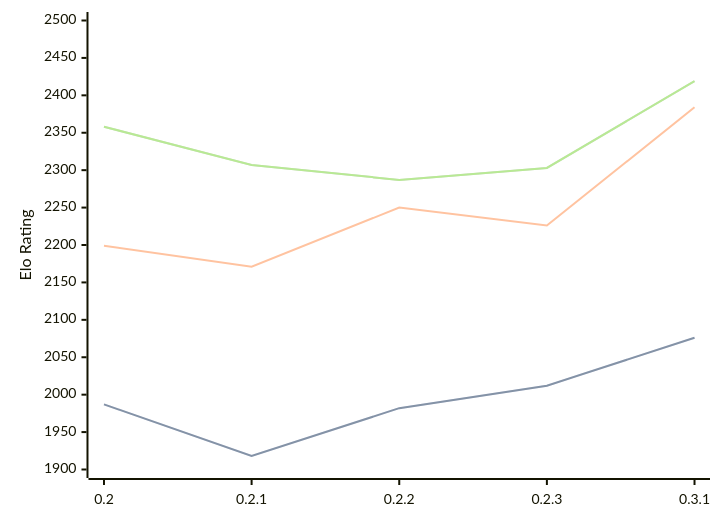
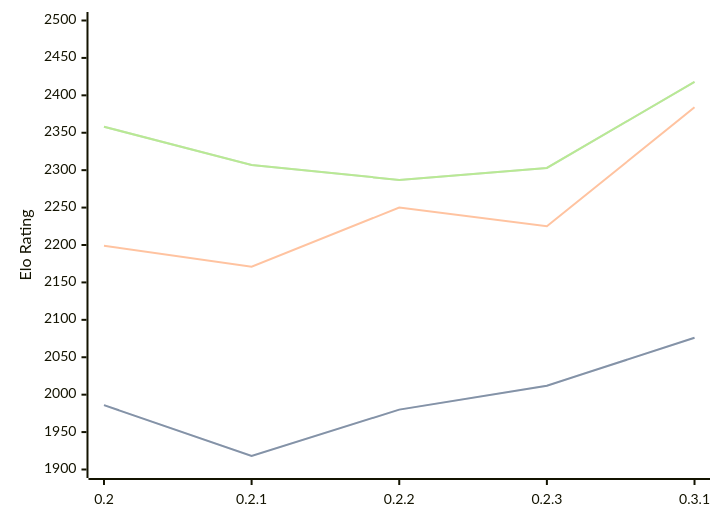
Before and after one commit to computer-chess-index/cci: the diagram in engines/Lolbot.md, drawn with Mermaid. The commit also changed other lines of this file, not shown here.

Commit message:
Update CCI Ratings (ELO VLTC) - 2026-07-21

````diff
--- a/engines/Lolbot.md
+++ b/engines/Lolbot.md
@@ -36,11 +36,11 @@
 ```mermaid
 %%{init: {"theme":"base","themeVariables":{"seriesColors:['#a3a3a3','#222221','#faa371']}}}%%
 xychart-beta
   x-axis ["0.2", "0.2.1", "0.2.2", "0.2.3", "0.3.1"]
   y-axis "Elo Rating" 1900 --> 2500
-  line "STC (8.0+0.08s)" [1987, 1918, 1982, 2012, 2076]
-  line "STC (8.0+0.08s)" [1987, 1918, 1982, 2012, 2076]
-  line "LTC (60.0+0.60s)" [2199, 2171, 2250, 2226, 2384]
-  line "VLTC (2m24s+1.12s)" [2358, 2307, 2287, 2303, 2419]
-  line "VLTC (2m24s+1.12s)" [2358, 2307, 2287, 2303, 2419]
+  line "STC (8.0+0.08s)" [1986, 1918, 1980, 2012, 2076]
+  line "STC (8.0+0.08s)" [1986, 1918, 1980, 2012, 2076]
+  line "LTC (60.0+0.60s)" [2199, 2171, 2250, 2225, 2384]
+  line "VLTC (2m24s+1.12s)" [2358, 2307, 2287, 2303, 2418]
+  line "VLTC (2m24s+1.12s)" [2358, 2307, 2287, 2303, 2418]
 ```
````
